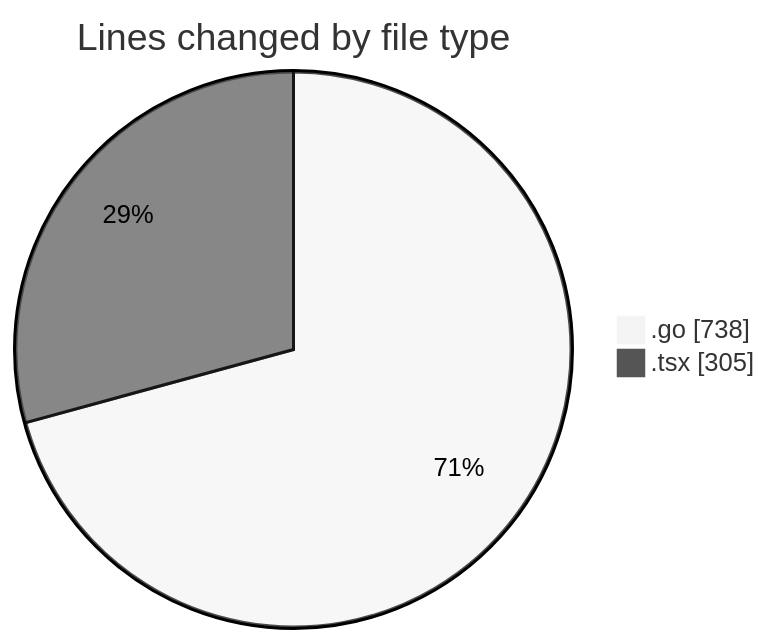
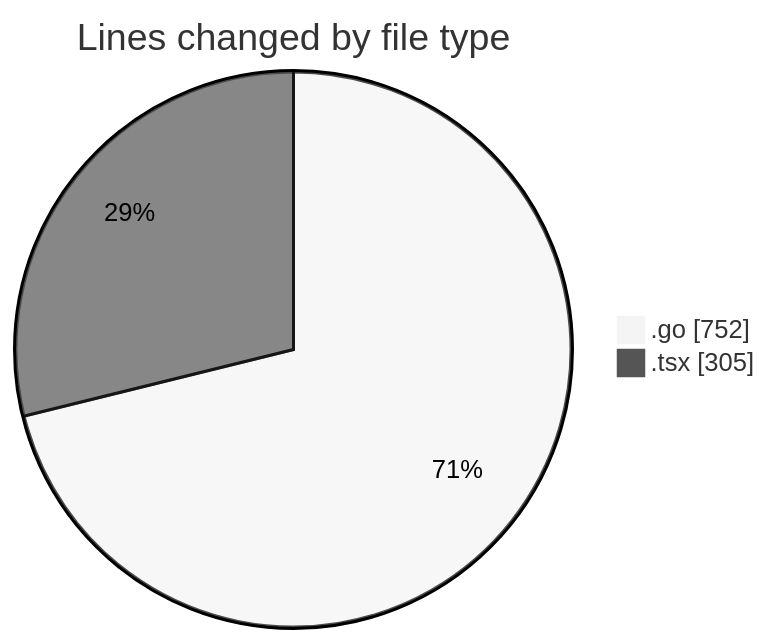
Before and after one commit to robertbonfada/code-tracking: the first of 2 diagrams in 2025-03-01/termonied_testador/README.md, drawn with Mermaid (neutral theme). The commit also changed other lines of this file and 1 other file, not shown here.

````diff
--- a/2025-03-01/termonied_testador/README.md
+++ b/2025-03-01/termonied_testador/README.md
@@ -28,6 +28,6 @@
 ```mermaid
 pie showData
 title Lines changed by file type
-".go" : 738
+".go" : 752
 ".tsx" : 305
 ```
````
